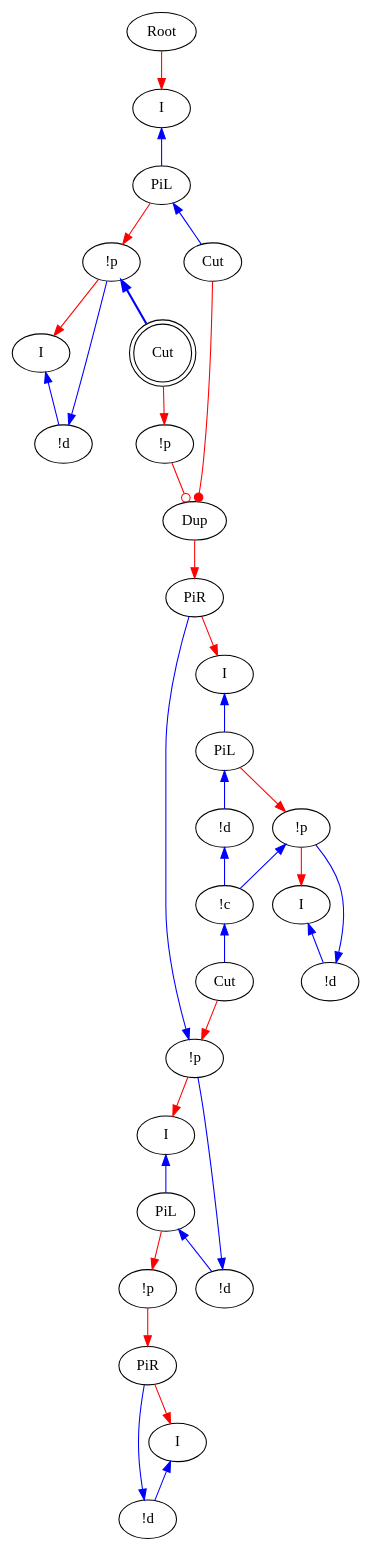
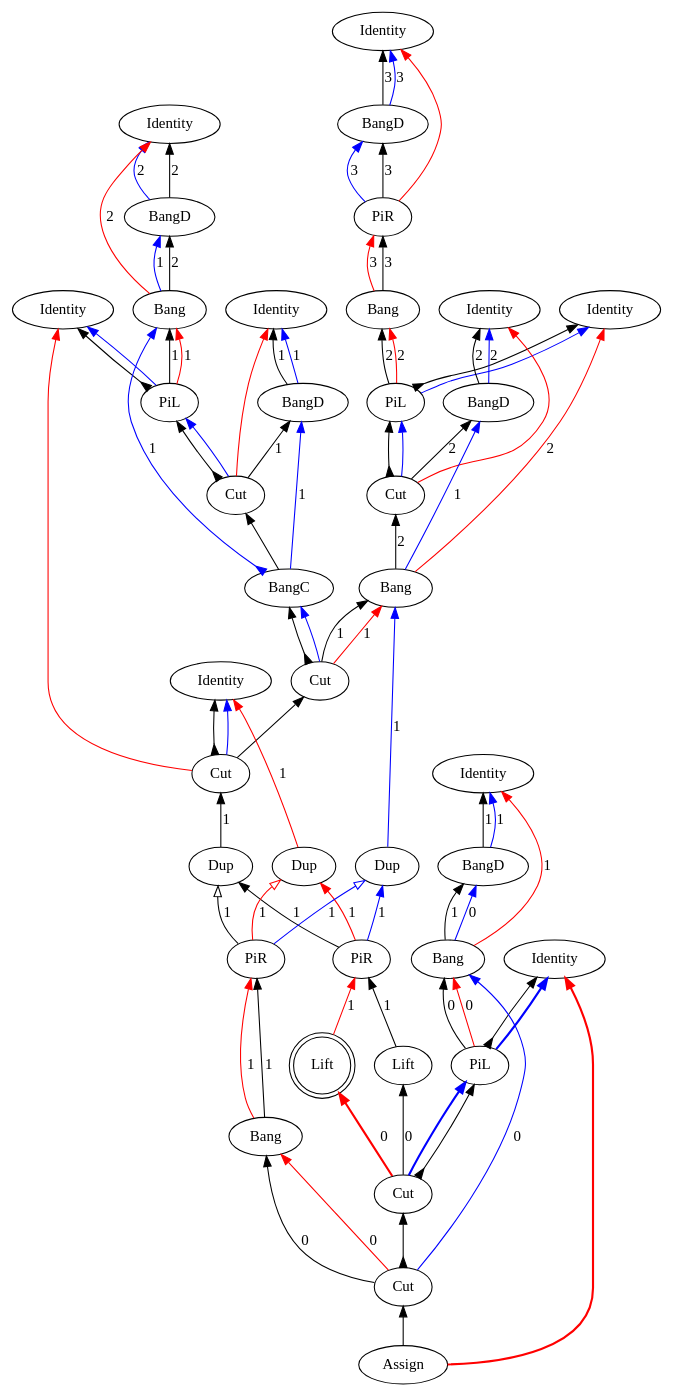
One commit to Mathnerd314/stroscot changed the diagram in src/core/graphs/example_m_8.dot. Above: the diagram before and after it, drawn with Graphviz. The commit also changed 319 other files, not shown here.

```diff
--- a/src/core/graphs/example_m_8.dot
+++ b/src/core/graphs/example_m_8.dot
@@ -1,62 +1,119 @@
 digraph {
-"Root0" [label="Root"]
-"PiL0" [label="PiL"]
-"!p0" [label="!p"]
-"I0" [label="I"]
-"!d0" [label="!d"]
-"PiL1" [label="PiL"]
-"!d1" [label="!d"]
-"!c0" [label="!c"]
-"!p1" [label="!p"]
-"I1" [label="I"]
-"!d2" [label="!d"]
-"!p2" [label="!p"]
-"I2" [label="I"]
-"PiL2" [label="PiL"]
-"!d3" [label="!d"]
-"!p3" [label="!p"]
-"I3" [label="I"]
-"!d4" [label="!d"]
-"I4" [label="I"]
-"Dup0_0" [label="Dup"]
-"!p4" [label="!p"]
-"Cut0" [label="Cut",shape=doublecircle]
-"Cut1" [label="Cut"]
-"PiR0" [label="PiR"]
-"PiR1" [label="PiR"]
-"Cut2" [label="Cut"]
-"I5" [label="I"]
-"Cut0" -> "!p4"[color=red,tooltip="e1"]
-"Cut1" -> "Dup0_0"[color=red,tooltip="e2",arrowhead=dot]
-"!p4" -> "Dup0_0"[color=red,tooltip="e3",arrowhead=odot]
-"!p2" -> "PiR0"[color=blue,tooltip="h",dir=back]
-"!d3" -> "!p2"[color=blue,tooltip="hj",dir=back]
-"I2" -> "PiL2"[color=blue,tooltip="hl2",dir=back]
-"PiL2" -> "!d3"[color=blue,tooltip="hl21",dir=back]
-"!p3" -> "PiR1"[color=red,tooltip="hl2i"]
-"PiL2" -> "!p3"[color=red,tooltip="hl2p"]
-"!p2" -> "I2"[color=red,tooltip="hli"]
-"Cut2" -> "!p2"[color=red,tooltip="hlp"]
-"PiR0" -> "I5"[color=red,tooltip="hr"]
-"!d4" -> "PiR1"[color=blue,tooltip="i",dir=back]
-"I3" -> "!d4"[color=blue,tooltip="il",dir=back]
-"PiR1" -> "I3"[color=red,tooltip="ir"]
-"Dup0_0" -> "PiR0"[color=red,tooltip="reti"]
-"Root0" -> "I4"[color=red,tooltip="rettop"]
-"!p0" -> "Cut0"[color=blue,tooltip="x2",penwidth=2,dir=back]
-"!d0" -> "!p0"[color=blue,tooltip="xj",dir=back]
-"I4" -> "PiL0"[color=blue,tooltip="xl",dir=back]
-"PiL0" -> "Cut1"[color=blue,tooltip="xl1",dir=back]
-"I0" -> "!d0"[color=blue,tooltip="xl2",dir=back]
-"!p0" -> "I0"[color=red,tooltip="xli"]
-"PiL0" -> "!p0"[color=red,tooltip="xlp"]
-"!c0" -> "Cut2"[color=blue,tooltip="y",dir=back]
-"!d1" -> "!c0"[color=blue,tooltip="y1",dir=back]
-"!p1" -> "!c0"[color=blue,tooltip="y2",dir=back]
-"!d2" -> "!p1"[color=blue,tooltip="yj",dir=back]
-"I5" -> "PiL1"[color=blue,tooltip="yl",dir=back]
-"PiL1" -> "!d1"[color=blue,tooltip="yl1",dir=back]
-"I1" -> "!d2"[color=blue,tooltip="yl2",dir=back]
-"!p1" -> "I1"[color=red,tooltip="yli"]
-"PiL1" -> "!p1"[color=red,tooltip="ylp"]
+rankdir="BT"
+"Identity0" [label="Identity"]
+"BangD1" [label="BangD"]
+"PiR2" [label="PiR"]
+"Bang3" [label="Bang"]
+"Identity4" [label="Identity"]
+"PiL5" [label="PiL"]
+"Identity6" [label="Identity"]
+"BangD7" [label="BangD"]
+"Cut8" [label="Cut"]
+"Bang9" [label="Bang"]
+"Identity10" [label="Identity"]
+"Identity11" [label="Identity"]
+"BangD12" [label="BangD"]
+"Bang13" [label="Bang"]
+"Identity14" [label="Identity"]
+"PiL15" [label="PiL"]
+"Identity16" [label="Identity"]
+"BangD17" [label="BangD"]
+"Cut18" [label="Cut"]
+"BangC19" [label="BangC"]
+"Identity20" [label="Identity"]
+"BangD21" [label="BangD"]
+"Bang22" [label="Bang"]
+"Identity23" [label="Identity"]
+"PiL24" [label="PiL"]
+"Assign25" [label="Assign"]
+"Cut26" [label="Cut"]
+"Cut27" [label="Cut"]
+"Bang28" [label="Bang"]
+"Cut29" [label="Cut"]
+"Cut30" [label="Cut"]
+"Lift31" [label="Lift"]
+"Lift32" [label="Lift",shape=doublecircle]
+"PiR33" [label="PiR"]
+"PiR34" [label="PiR"]
+"Dup35" [label="Dup"]
+"Dup36" [label="Dup"]
+"Dup37" [label="Dup"]
+"Bang22" -> "BangD21"[color=black,weight=5,tooltip="c_bseq24",label="1",arrowhead=normal,arrowtail=none,dir=both]
+"Bang13" -> "BangD12"[color=black,weight=5,tooltip="c_bseq58",label="2",arrowhead=normal,arrowtail=none,dir=both]
+"Bang9" -> "Cut8"[color=black,weight=5,tooltip="c_bseq67",label="2",arrowhead=normal,arrowtail=none,dir=both]
+"Bang3" -> "PiR2"[color=black,weight=5,tooltip="c_bseq79",label="3",arrowhead=normal,arrowtail=none,dir=both]
+"Lift31" -> "PiR33"[color=black,weight=5,tooltip="c_bseq87",label="1",arrowhead=normal,arrowtail=none,dir=both]
+"Bang28" -> "PiR34"[color=black,weight=5,tooltip="c_bseq91",label="1",arrowhead=normal,arrowtail=none,dir=both]
+"Cut18" -> "PiL15"[color=black,weight=5,tooltip="c_lseq46",arrowhead=normal,arrowtail=inv,dir=both]
+"Cut8" -> "PiL5"[color=black,weight=5,tooltip="c_lseq68",arrowhead=normal,arrowtail=inv,dir=both]
+"Cut18" -> "BangD17"[color=black,weight=5,tooltip="c_rseq47",label="1",arrowhead=normal,arrowtail=none,dir=both]
+"Cut8" -> "BangD7"[color=black,weight=5,tooltip="c_rseq69",label="2",arrowhead=normal,arrowtail=none,dir=both]
+"PiL24" -> "Bang22"[color=black,weight=5,tooltip="dseq20",label="0",arrowhead=normal,arrowtail=none,dir=both]
+"PiL15" -> "Bang13"[color=black,weight=5,tooltip="dseq54",label="1",arrowhead=normal,arrowtail=none,dir=both]
+"Cut26" -> "Bang9"[color=black,weight=5,tooltip="dseq63",label="1",arrowhead=normal,arrowtail=none,dir=both]
+"PiL5" -> "Bang3"[color=black,weight=5,tooltip="dseq76",label="2",arrowhead=normal,arrowtail=none,dir=both]
+"Cut29" -> "Bang28"[color=black,weight=5,tooltip="dseq93",label="0",arrowhead=normal,arrowtail=none,dir=both]
+"PiR33" -> "Dup36"[color=blue,weight=2,tooltip="h101",label="1",arrowhead=normal,arrowtail=none,dir=both]
+"PiR34" -> "Dup36"[color=blue,weight=2,tooltip="h105",label="1",arrowhead=onormal,arrowtail=none,dir=both]
+"Dup36" -> "Bang9"[color=blue,weight=2,tooltip="h34",label="1",arrowhead=normal,arrowtail=none,dir=both]
+"Bang9" -> "BangD7"[color=blue,weight=2,tooltip="hf65",label="1",arrowhead=normal,arrowtail=none,dir=both]
+"BangD7" -> "Identity6"[color=blue,weight=2,tooltip="hret73",label="2",arrowhead=normal,arrowtail=none,dir=both]
+"BangD7" -> "Identity6"[color=black,weight=5,tooltip="hseq72",label="2",arrowhead=normal,arrowtail=none,dir=both]
+"PiR2" -> "BangD1"[color=blue,weight=2,tooltip="i81",label="3",arrowhead=normal,arrowtail=none,dir=both]
+"PiL24" -> "Identity23"[color=black,weight=5,tooltip="idseq21",arrowhead=normal,arrowtail=inv,dir=both]
+"PiL15" -> "Identity14"[color=black,weight=5,tooltip="idseq55",arrowhead=normal,arrowtail=inv,dir=both]
+"Cut27" -> "Identity10"[color=black,weight=5,tooltip="idseq64",arrowhead=normal,arrowtail=inv,dir=both]
+"PiL5" -> "Identity4"[color=black,weight=5,tooltip="idseq77",arrowhead=normal,arrowtail=inv,dir=both]
+"BangD1" -> "Identity0"[color=blue,weight=2,tooltip="iret84",label="3",arrowhead=normal,arrowtail=none,dir=both]
+"BangD1" -> "Identity0"[color=black,weight=5,tooltip="iseq83",label="3",arrowhead=normal,arrowtail=none,dir=both]
+"PiL24" -> "Identity23"[color=blue,weight=2,tooltip="lret19",arrowhead=normal,arrowtail=none,penwidth=2,dir=both]
+"PiL15" -> "Identity14"[color=blue,weight=2,tooltip="lret53",arrowhead=normal,arrowtail=none,dir=both]
+"Cut27" -> "Identity10"[color=blue,weight=2,tooltip="lret62",arrowhead=normal,arrowtail=none,dir=both]
+"PiL5" -> "Identity4"[color=blue,weight=2,tooltip="lret75",arrowhead=normal,arrowtail=none,dir=both]
+"Cut30" -> "PiL24"[color=blue,weight=2,tooltip="lval14",arrowhead=normal,arrowtail=none,penwidth=2,dir=both]
+"Cut18" -> "PiL15"[color=blue,weight=2,tooltip="lval48",arrowhead=normal,arrowtail=none,dir=both]
+"Cut8" -> "PiL5"[color=blue,weight=2,tooltip="lval70",arrowhead=normal,arrowtail=none,dir=both]
+"PiL24" -> "Bang22"[color=red,weight=2,tooltip="newrret18",label="0",arrowhead=normal,arrowtail=none,dir=both]
+"PiL15" -> "Bang13"[color=red,weight=2,tooltip="newrret52",label="1",arrowhead=normal,arrowtail=none,dir=both]
+"Cut26" -> "Bang9"[color=red,weight=2,tooltip="newrret61",label="1",arrowhead=normal,arrowtail=none,dir=both]
+"PiL5" -> "Bang3"[color=red,weight=2,tooltip="newrret74",label="2",arrowhead=normal,arrowtail=none,dir=both]
+"Cut29" -> "Bang28"[color=red,weight=2,tooltip="newrret94",label="0",arrowhead=normal,arrowtail=none,dir=both]
+"Bang22" -> "Identity20"[color=red,weight=2,tooltip="newrretf23",label="1",arrowhead=normal,arrowtail=none,dir=both]
+"Bang13" -> "Identity11"[color=red,weight=2,tooltip="newrretf57",label="2",arrowhead=normal,arrowtail=none,dir=both]
+"Bang9" -> "Identity4"[color=red,weight=2,tooltip="newrretf66",label="2",arrowhead=normal,arrowtail=none,dir=both]
+"Bang3" -> "PiR2"[color=red,weight=2,tooltip="newrretf78",label="3",arrowhead=normal,arrowtail=none,dir=both]
+"Lift32" -> "PiR33"[color=red,weight=2,tooltip="newrretf88",label="1",arrowhead=normal,arrowtail=none,dir=both]
+"Bang28" -> "PiR34"[color=red,weight=2,tooltip="newrretf92",label="1",arrowhead=normal,arrowtail=none,dir=both]
+"PiR33" -> "Dup37"[color=red,weight=2,tooltip="ret102",label="1",arrowhead=normal,arrowtail=none,dir=both]
+"PiR34" -> "Dup37"[color=red,weight=2,tooltip="ret106",label="1",arrowhead=onormal,arrowtail=none,dir=both]
+"Dup37" -> "Identity10"[color=red,weight=2,tooltip="ret35",label="1",arrowhead=normal,arrowtail=none,dir=both]
+"Cut27" -> "Identity14"[color=red,weight=2,tooltip="ret42",arrowhead=normal,arrowtail=none,dir=both]
+"Assign25" -> "Identity23"[color=red,weight=2,tooltip="ret8",arrowhead=normal,arrowtail=none,penwidth=2,dir=both]
+"PiR2" -> "Identity0"[color=red,weight=2,tooltip="ret82",arrowhead=normal,arrowtail=none,dir=both]
+"Assign25" -> "Cut29"[color=black,weight=5,tooltip="retseq0",arrowhead=normal,arrowtail=none,dir=both]
+"Cut18" -> "Identity16"[color=red,weight=2,tooltip="rval49",arrowhead=normal,arrowtail=none,dir=both]
+"Cut8" -> "Identity6"[color=red,weight=2,tooltip="rval71",arrowhead=normal,arrowtail=none,dir=both]
+"PiR33" -> "Dup35"[color=black,weight=5,tooltip="seq100",label="1",arrowhead=normal,arrowtail=none,dir=both]
+"PiR34" -> "Dup35"[color=black,weight=5,tooltip="seq104",label="1",arrowhead=onormal,arrowtail=none,dir=both]
+"Dup35" -> "Cut27"[color=black,weight=5,tooltip="seq33",label="1",arrowhead=normal,arrowtail=none,dir=both]
+"Cut26" -> "BangC19"[color=black,weight=5,tooltip="seq40",arrowhead=normal,arrowtail=inv,dir=both]
+"BangC19" -> "Cut18"[color=black,weight=5,tooltip="seq45",arrowhead=normal,arrowtail=none,dir=both]
+"PiR2" -> "BangD1"[color=black,weight=5,tooltip="seq80",label="3",arrowhead=normal,arrowtail=none,dir=both]
+"Cut29" -> "Cut30"[color=black,weight=5,tooltip="seqBC95",arrowhead=normal,arrowtail=inv,dir=both]
+"Cut30" -> "Lift32"[color=red,weight=2,tooltip="seqDM97",label="0",arrowhead=normal,arrowtail=none,penwidth=2,dir=both]
+"Cut30" -> "Lift31"[color=black,weight=5,tooltip="seqDS96",label="0",arrowhead=normal,arrowtail=none,dir=both]
+"Cut27" -> "Cut26"[color=black,weight=5,tooltip="seqP86",arrowhead=normal,arrowtail=none,dir=both]
+"Cut29" -> "Bang22"[color=blue,weight=2,tooltip="xB10",label="0",arrowhead=normal,arrowtail=none,dir=both]
+"Bang22" -> "BangD21"[color=blue,weight=2,tooltip="xBf22",label="0",arrowhead=normal,arrowtail=none,dir=both]
+"BangD21" -> "Identity20"[color=blue,weight=2,tooltip="xret26",label="1",arrowhead=normal,arrowtail=none,dir=both]
+"Cut30" -> "PiL24"[color=black,weight=5,tooltip="xseq16",arrowhead=normal,arrowtail=inv,dir=both]
+"BangD21" -> "Identity20"[color=black,weight=5,tooltip="xseq25",label="1",arrowhead=normal,arrowtail=none,dir=both]
+"Cut26" -> "BangC19"[color=blue,weight=2,tooltip="y41",arrowhead=normal,arrowtail=none,dir=both]
+"BangC19" -> "BangD17"[color=blue,weight=2,tooltip="yA43",label="1",arrowhead=normal,arrowtail=none,dir=both]
+"BangC19" -> "Bang13"[color=blue,weight=2,tooltip="yB44",label="1",arrowhead=normal,arrowtail=inv,dir=both]
+"Bang13" -> "BangD12"[color=blue,weight=2,tooltip="yBf56",label="1",arrowhead=normal,arrowtail=none,dir=both]
+"BangD17" -> "Identity16"[color=blue,weight=2,tooltip="yret51",label="1",arrowhead=normal,arrowtail=none,dir=both]
+"BangD12" -> "Identity11"[color=blue,weight=2,tooltip="yret60",label="2",arrowhead=normal,arrowtail=none,dir=both]
+"BangD17" -> "Identity16"[color=black,weight=5,tooltip="yseq50",label="1",arrowhead=normal,arrowtail=none,dir=both]
+"BangD12" -> "Identity11"[color=black,weight=5,tooltip="yseq59",label="2",arrowhead=normal,arrowtail=none,dir=both]
 }
```
